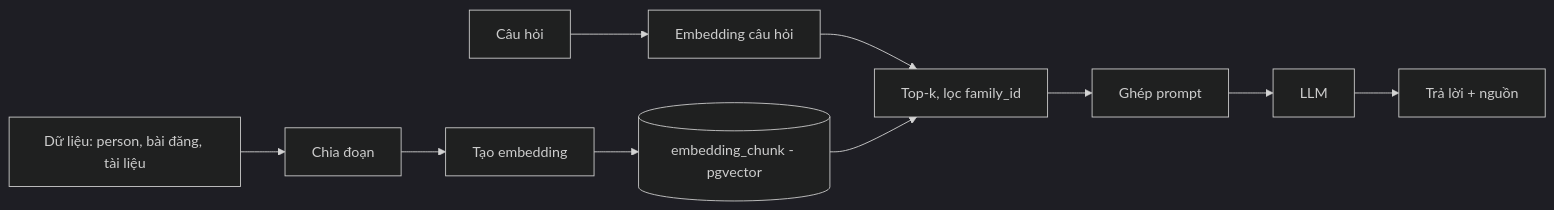
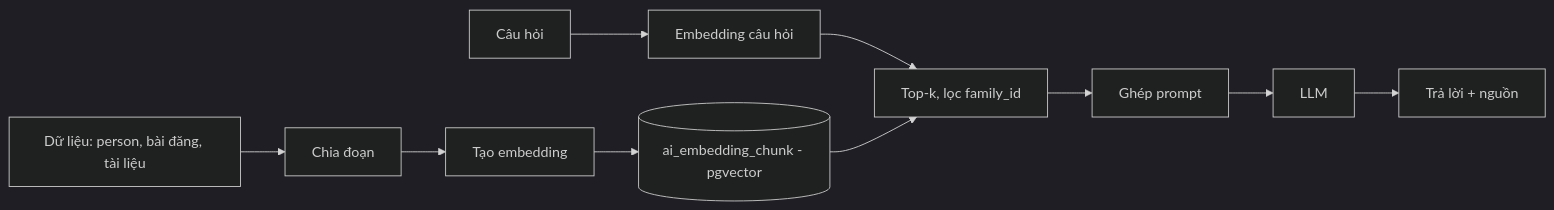
Before and after one commit to ngthanhtuann/java: the diagram in docs/02-design/ai-rag.md, drawn with Mermaid (dark theme). The commit also changed other lines of this file and 4 other files, not shown here.

````diff
--- a/docs/02-design/ai-rag.md
+++ b/docs/02-design/ai-rag.md
@@ -11,10 +11,10 @@
 ```mermaid
 flowchart LR
   A[Dữ liệu: person, bài đăng, tài liệu] --> B[Chia đoạn]
   B --> C[Tạo embedding]
-  C --> D[(embedding_chunk - pgvector)]
+  C --> D[(ai_embedding_chunk - pgvector)]
   Q[Câu hỏi] --> E[Embedding câu hỏi]
   E --> F[Top-k, lọc family_id]
   D --> F
   F --> G[Ghép prompt] --> H[LLM] --> I[Trả lời + nguồn]
 ```
````
